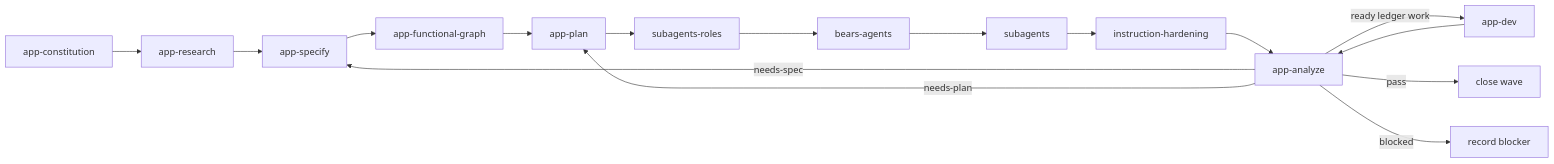
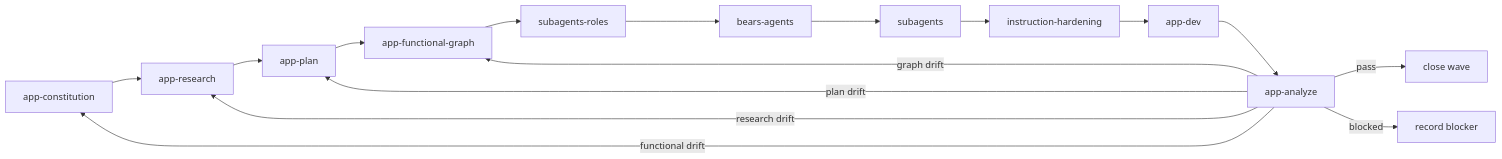
One commit to BearsCLOUD/bears-app-based-workflow changed the diagram in SPEC.md. Above: the diagram before and after it, drawn with Mermaid. The commit also changed other lines of this file and 42 other files, not shown here.

Commit message:
Document sequential app workflow graph coverage

````diff
--- a/SPEC.md
+++ b/SPEC.md
@@ -24,18 +22,18 @@
 ```mermaid
 flowchart LR
   C["app-constitution"] --> R["app-research"]
-  R --> S["app-specify"]
-  S --> G["app-functional-graph"]
-  G --> P["app-plan"]
-  P --> RA["subagents-roles"]
+  R --> P["app-plan"]
+  P --> G["app-functional-graph"]
+  G --> RA["subagents-roles"]
   RA --> BA["bears-agents"]
   BA --> SG["subagents"]
   SG --> H["instruction-hardening"]
-  H --> A["app-analyze"]
-  A -->|needs-spec| S
-  A -->|needs-plan| P
-  A -->|ready ledger work| D["app-dev"]
-  D --> A
+  H --> D["app-dev"]
+  D --> A["app-analyze"]
+  A -->|functional drift| C
+  A -->|research drift| R
+  A -->|plan drift| P
+  A -->|graph drift| G
   A -->|pass| X["close wave"]
   A -->|blocked| B["record blocker"]
 ```
````
